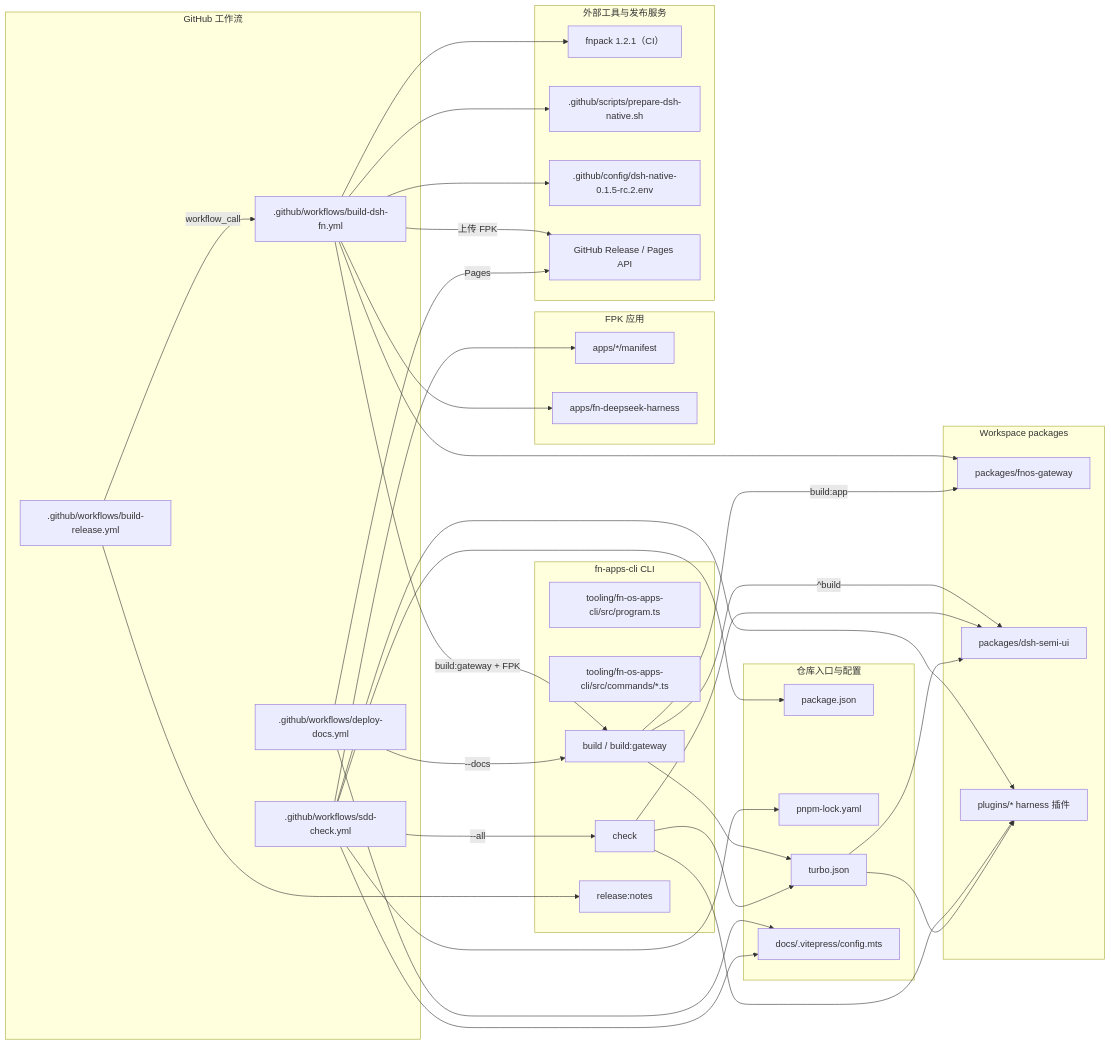
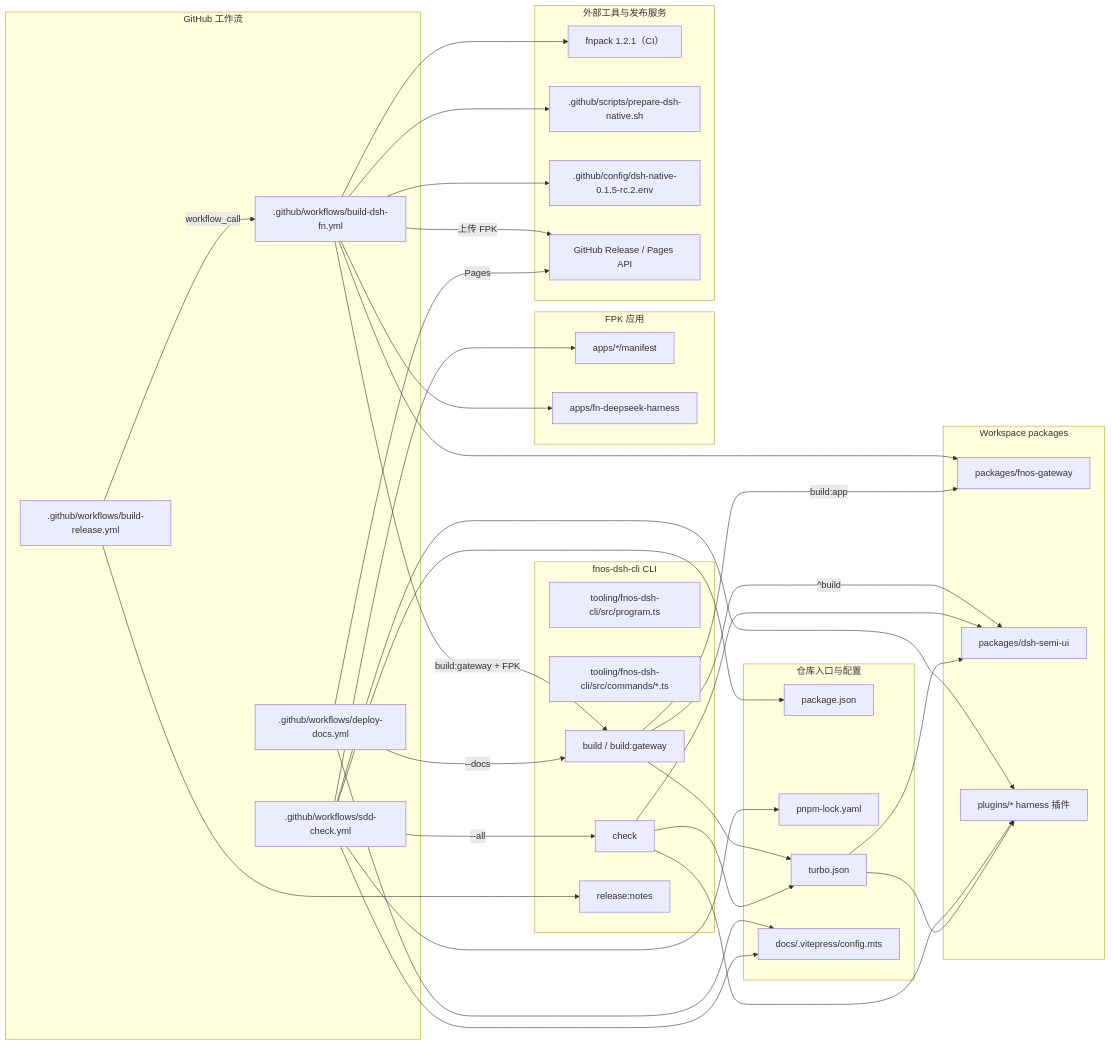
One commit to FNOSP/fnos-dsh changed the fourth of 4 diagrams in docs/development/github-workflows.md. Above: the diagram before and after it, drawn with Mermaid. The commit also changed other lines of this file and 50 other files, not shown here.

````diff
--- a/docs/development/github-workflows.md
+++ b/docs/development/github-workflows.md
@@ -126,70 +126,70 @@
 ```mermaid
 flowchart LR
   subgraph workflows["GitHub 工作流"]
     release[".github/workflows/build-release.yml"]
     dsh[".github/workflows/build-dsh-fn.yml"]
     docs[".github/workflows/deploy-docs.yml"]
     sdd[".github/workflows/sdd-check.yml"]
   end
 
   subgraph repo["仓库入口与配置"]
     rootPackage["package.json"]
     lockfile["pnpm-lock.yaml"]
     turbo["turbo.json"]
     docsConfig["docs/.vitepress/config.mts"]
   end
 
-  subgraph cli["fn-apps-cli CLI"]
-    program["tooling/fn-os-apps-cli/src/program.ts"]
-    commands["tooling/fn-os-apps-cli/src/commands/*.ts"]
+  subgraph cli["fnos-dsh-cli CLI"]
+    program["tooling/fnos-dsh-cli/src/program.ts"]
+    commands["tooling/fnos-dsh-cli/src/commands/*.ts"]
     build["build / build:gateway"]
     check["check"]
     releaseNotes["release:notes"]
   end
 
   subgraph packages["Workspace packages"]
     gateway["packages/fnos-gateway"]
     sharedUi["packages/dsh-semi-ui"]
     harnessPlugins["plugins/* harness 插件"]
   end
 
   subgraph apps["FPK 应用"]
     manifests["apps/*/manifest"]
     harnessApp["apps/fn-deepseek-harness"]
   end
 
   subgraph tools["外部工具与发布服务"]
     fnpack["fnpack 1.2.1（CI）"]
     native[".github/scripts/prepare-dsh-native.sh"]
     nativeConfig[".github/config/dsh-native-0.1.5-rc.2.env"]
     github["GitHub Release / Pages API"]
   end
 
   release -->|workflow_call| dsh
   release --> releaseNotes
   dsh -->|build:gateway + FPK| build
   dsh --> gateway
   dsh --> native
   dsh --> nativeConfig
   dsh --> harnessApp
   dsh --> fnpack
   dsh -->|上传 FPK| github
   docs -->|--docs| build
   docs --> docsConfig
   docs -->|Pages| github
   sdd -->|--all| check
   sdd --> docsConfig
   sdd --> rootPackage
   sdd --> lockfile
   sdd --> harnessPlugins
   sdd --> manifests
 
   build --> turbo
   build -->|^build| sharedUi
   build -->|build:app| gateway
   check --> turbo
   check --> sharedUi
   check --> harnessPlugins
   turbo --> sharedUi
   turbo --> harnessPlugins
 ```
````
